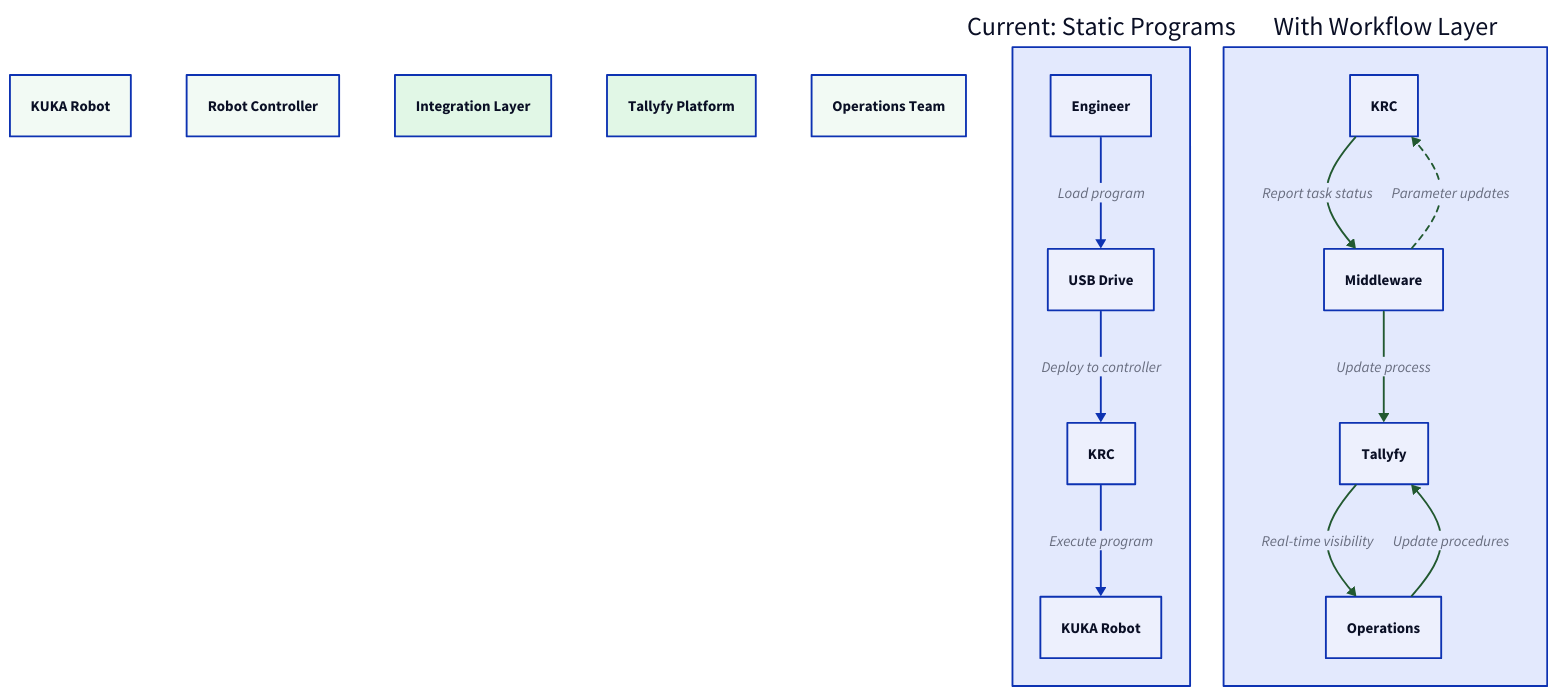
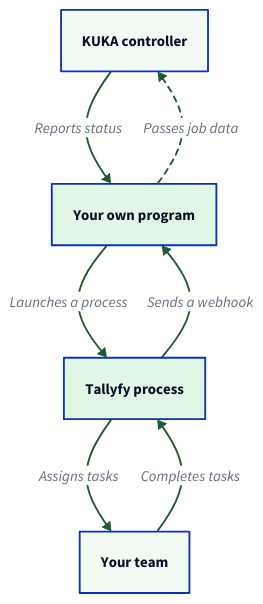
Before and after one commit to tallyfy/documentation: the diagram in src/content/docs/pro/integrations/robotics/kuka.mdx, drawn with D2. The commit also changed other lines of this file and 11 other files, not shown here.

````diff
--- a/src/content/docs/pro/integrations/robotics/kuka.mdx
+++ b/src/content/docs/pro/integrations/robotics/kuka.mdx
@@ -102,49 +63,36 @@
 ```d2
-KUKA Robot: KUKA Robot {
+direction: down
+
+Robot: KUKA controller {
   style.fill: "#f2faf4"
 }
-KRC: Robot Controller {
-  style.fill: "#f2faf4"
-}
-Middleware: Integration Layer {
+Bridge: Your own program {
   style.fill: "#e1f7e6"
 }
-Tallyfy: Tallyfy Platform {
+Tallyfy: Tallyfy process {
   style.fill: "#e1f7e6"
 }
-Operations: Operations Team {
+Team: Your team {
   style.fill: "#f2faf4"
 }
 
-Current State: {
-  label: "Current: Static Programs"
-
-  Engineer: Engineer
-  USB: USB Drive
-
-  Engineer -> USB: Load program
-  USB -> KRC: Deploy to controller
-  KRC -> KUKA Robot: Execute program
+Robot -> Bridge: Reports status {
+  style.stroke: "#225930"
 }
-
-Potential Integration: {
-  label: "With Workflow Layer"
-
-  KRC -> Middleware: Report task status {
-    style.stroke: "#225930"
-  }
-  Middleware -> Tallyfy: Update process {
-    style.stroke: "#225930"
-  }
-  Tallyfy -> Operations: Real-time visibility {
-    style.stroke: "#225930"
-  }
-  Operations -> Tallyfy: Update procedures {
-    style.stroke: "#225930"
-  }
-  Middleware -> KRC: Parameter updates {
-    style.stroke: "#225930"
-    style.stroke-dash: 3
-  }
+Bridge -> Tallyfy: Launches a process {
+  style.stroke: "#225930"
+}
+Tallyfy -> Team: Assigns tasks {
+  style.stroke: "#225930"
+}
+Team -> Tallyfy: Completes tasks {
+  style.stroke: "#225930"
+}
+Tallyfy -> Bridge: Sends a webhook {
+  style.stroke: "#225930"
+}
+Bridge -> Robot: Passes job data {
+  style.stroke: "#225930"
+  style.stroke-dash: 3
 }
 ```
````
